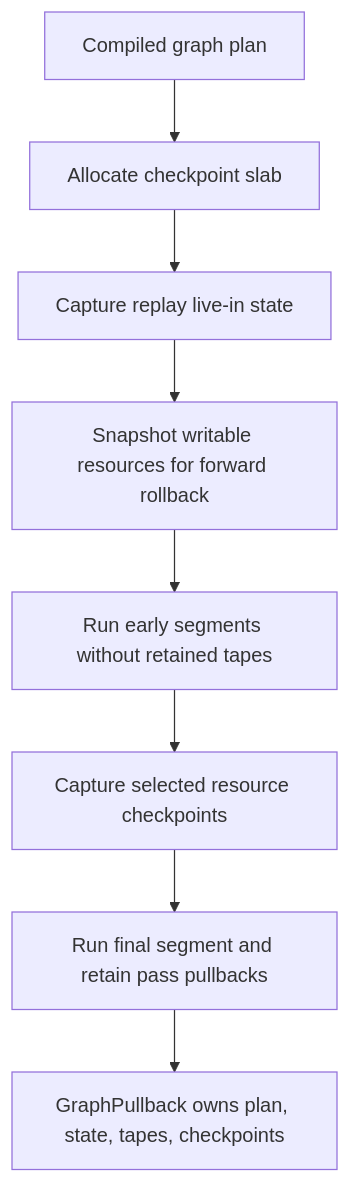
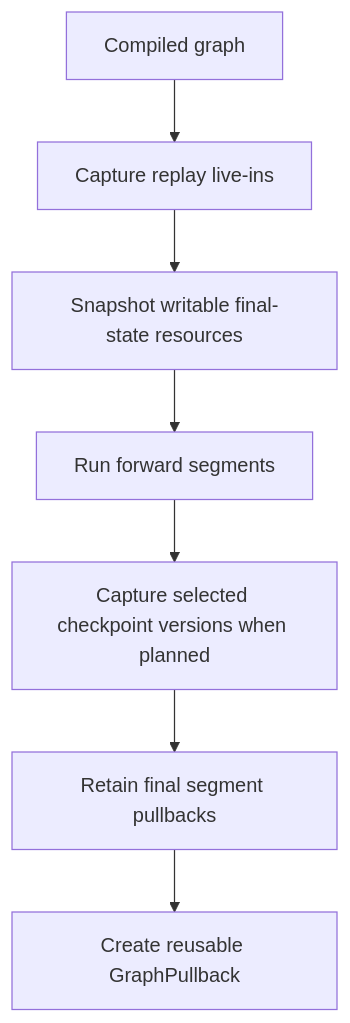
One commit to morphling666/VernonDSL changed the fourth of 4 diagrams in specs/autodiff_tutorial.md. Above: the diagram before and after it, drawn with Mermaid. The commit also changed other lines of this file and 109 other files, not shown here.

````diff
--- a/specs/autodiff_tutorial.md
+++ b/specs/autodiff_tutorial.md
@@ -1164,10 +1097,9 @@
 ```mermaid
 flowchart TB
-    Compile["Compiled graph plan"] --> Init["Allocate checkpoint slab"]
-    Init --> SaveInput["Capture replay live-in state"]
-    SaveInput --> Transaction["Snapshot writable resources for forward rollback"]
-    Transaction --> Prefix["Run early segments without retained tapes"]
-    Prefix --> Checkpoints["Capture selected resource checkpoints"]
-    Checkpoints --> Tail["Run final segment and retain pass pullbacks"]
-    Tail --> GraphPullback["GraphPullback owns plan, state, tapes, checkpoints"]
+    Compiled["Compiled graph"] --> Initial["Capture replay live-ins"]
+    Initial --> Transaction["Snapshot writable final-state resources"]
+    Transaction --> Segments["Run forward segments"]
+    Segments --> Cuts["Capture selected checkpoint versions when planned"]
+    Cuts --> Tail["Retain final segment pullbacks"]
+    Tail --> Pullback["Create reusable GraphPullback"]
 ```
````
